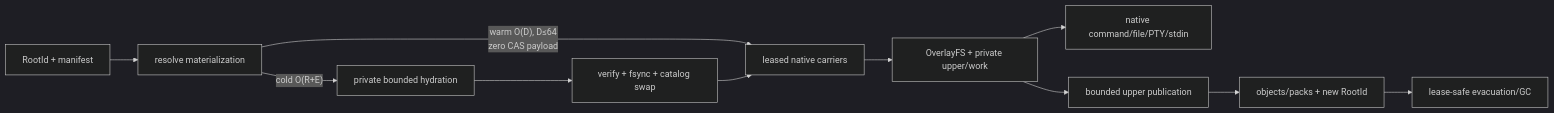
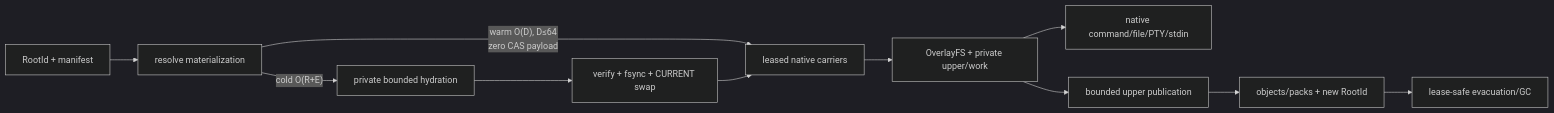
Before and after one commit to Ephemeral-AI-Lab/ephemeral-sandbox-docs: the third of 6 diagrams in implementation-plan/2.0 migration/phase 1/implementation/index.md, drawn with Mermaid (dark theme). The commit also changed other lines of this file and 35 other files, not shown here.

````diff
--- a/implementation-plan/2.0 migration/phase 1/implementation/index.md
+++ b/implementation-plan/2.0 migration/phase 1/implementation/index.md
@@ -189,13 +215,13 @@
 ```mermaid
 flowchart LR
   ROOT["RootId + manifest"] --> RES["resolve materialization"]
   RES -->|"warm O(D), D≤64<br/>zero CAS payload"| NATIVE["leased native carriers"]
   RES -->|"cold O(R+E)"| HYD["private bounded hydration"]
-  HYD --> VER["verify + fsync + catalog swap"]
+  HYD --> VER["verify + fsync + CURRENT swap"]
   VER --> NATIVE
   NATIVE --> OVER["OverlayFS + private upper/work"]
   OVER --> EXEC["native command/file/PTY/stdin"]
   OVER --> PUB["bounded upper publication"]
   PUB --> HIST["objects/packs + new RootId"]
   HIST --> EVAC["lease-safe evacuation/GC"]
 ```
````
